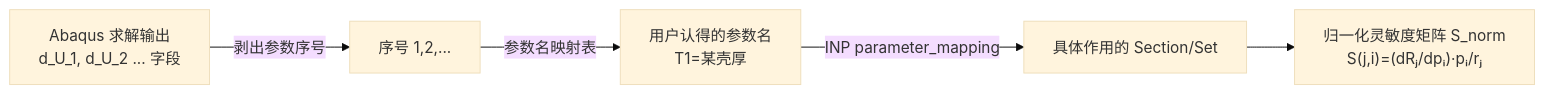
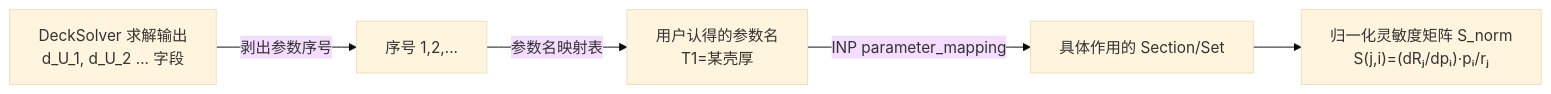
Before and after one commit to TianBM-codes/VirtualReal702: diagram 15 of 16 in docs/交付/FEM平台技术交付-图文版.md, drawn with Mermaid (base theme). The commit also changed other lines of this file and 273 other files, not shown here.

````diff
--- a/docs/交付/FEM平台技术交付-图文版.md
+++ b/docs/交付/FEM平台技术交付-图文版.md
@@ -501,7 +499,7 @@
 ```mermaid
 flowchart LR
-    A["Abaqus 求解输出<br/>d_U_1, d_U_2 ... 字段"] -->|"剥出参数序号"| B["序号 1,2,..."]
+    A["DeckSolver 求解输出<br/>d_U_1, d_U_2 ... 字段"] -->|"剥出参数序号"| B["序号 1,2,..."]
     B -->|"参数名映射表"| C["用户认得的参数名<br/>T1=某壳厚"]
     C -->|"INP parameter_mapping"| D["具体作用的 Section/Set"]
     D --> E["归一化灵敏度矩阵 S_norm<br/>S(j,i)=(dRⱼ/dpᵢ)·pᵢ/rⱼ"]
 ```
````
